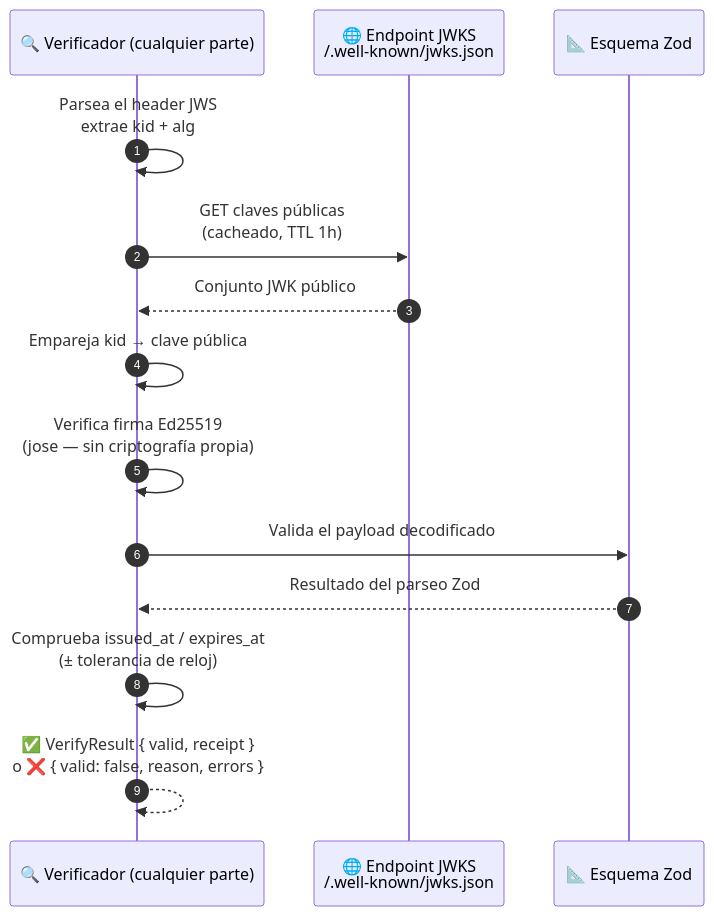
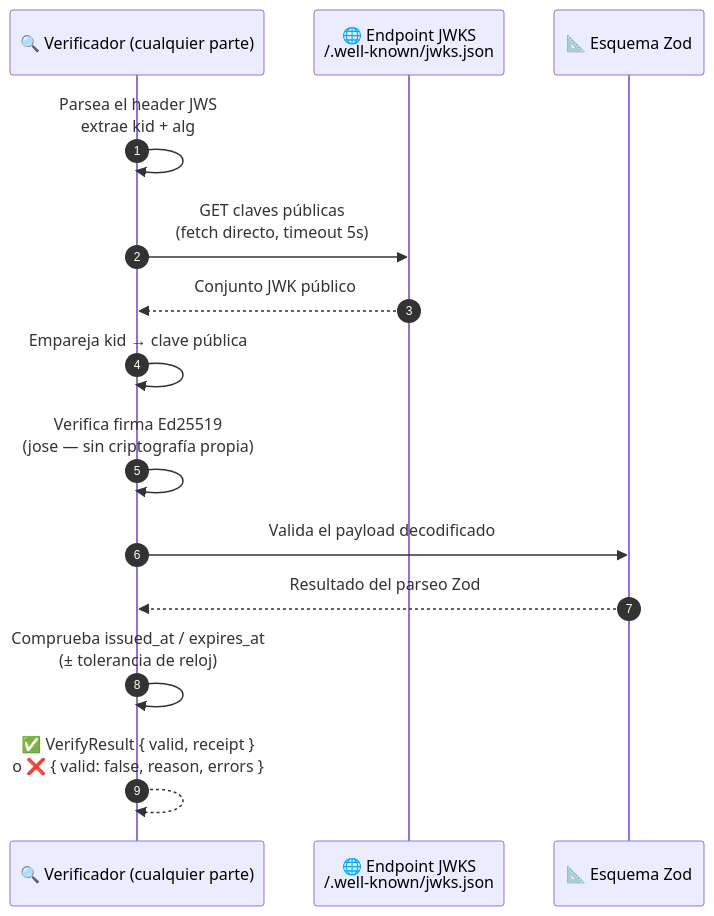
The second of 3 diagrams in README.es.md (Trusteedxyz/Trust-Receipt-Verifier), drawn with Mermaid before and after one commit. The commit also changed other lines of this file and 17 other files, not shown here.

````diff
--- a/README.es.md
+++ b/README.es.md
@@ -102,17 +102,17 @@
 ```mermaid
 sequenceDiagram
     autonumber
     participant Verifier as 🔍 Verificador (cualquier parte)
     participant JWKS as 🌐 Endpoint JWKS<br/>/.well-known/jwks.json
     participant Schema as 📐 Esquema Zod
 
     Verifier->>Verifier: Parsea el header JWS<br/>extrae kid + alg
-    Verifier->>JWKS: GET claves públicas<br/>(cacheado, TTL 1h)
+    Verifier->>JWKS: GET claves públicas<br/>(fetch directo, timeout 5s)
     JWKS-->>Verifier: Conjunto JWK público
     Verifier->>Verifier: Empareja kid → clave pública
     Verifier->>Verifier: Verifica firma Ed25519<br/>(jose — sin criptografía propia)
     Verifier->>Schema: Valida el payload decodificado
     Schema-->>Verifier: Resultado del parseo Zod
     Verifier->>Verifier: Comprueba issued_at / expires_at<br/>(± tolerancia de reloj)
     Verifier-->>Verifier: ✅ VerifyResult { valid, receipt }<br/>o ❌ { valid: false, reason, errors }
 ```
````
